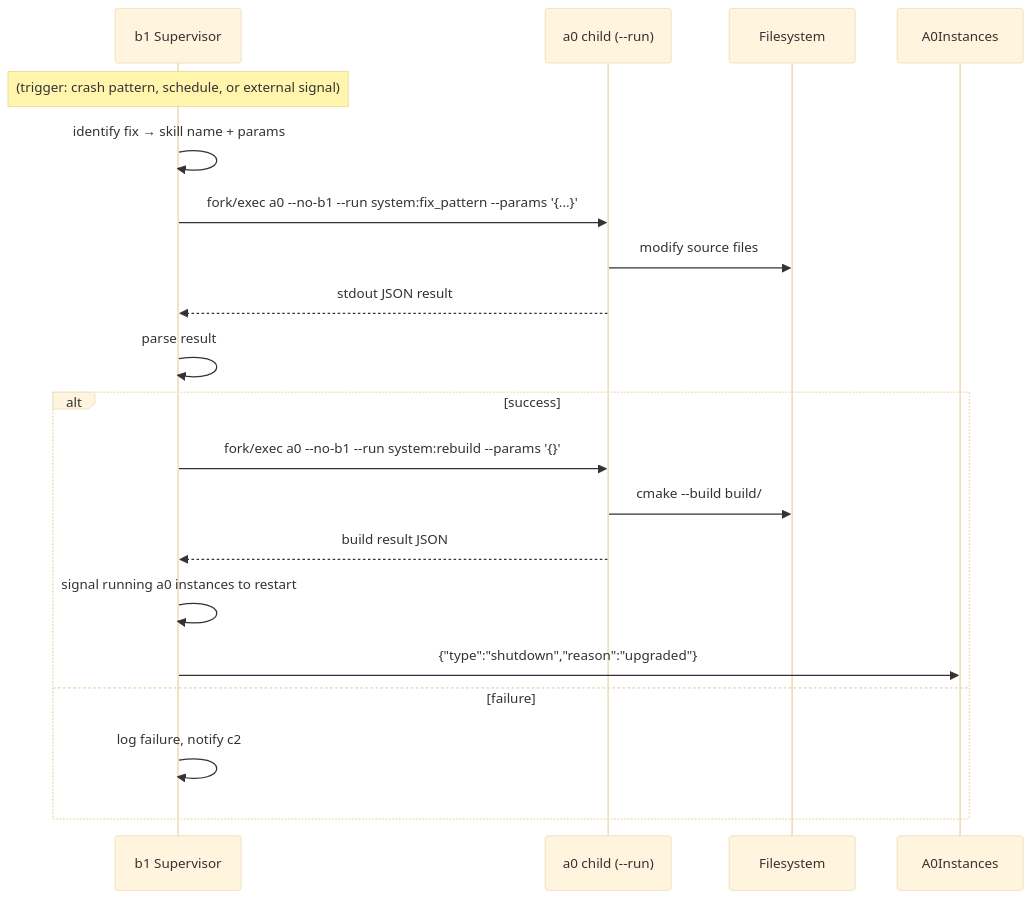
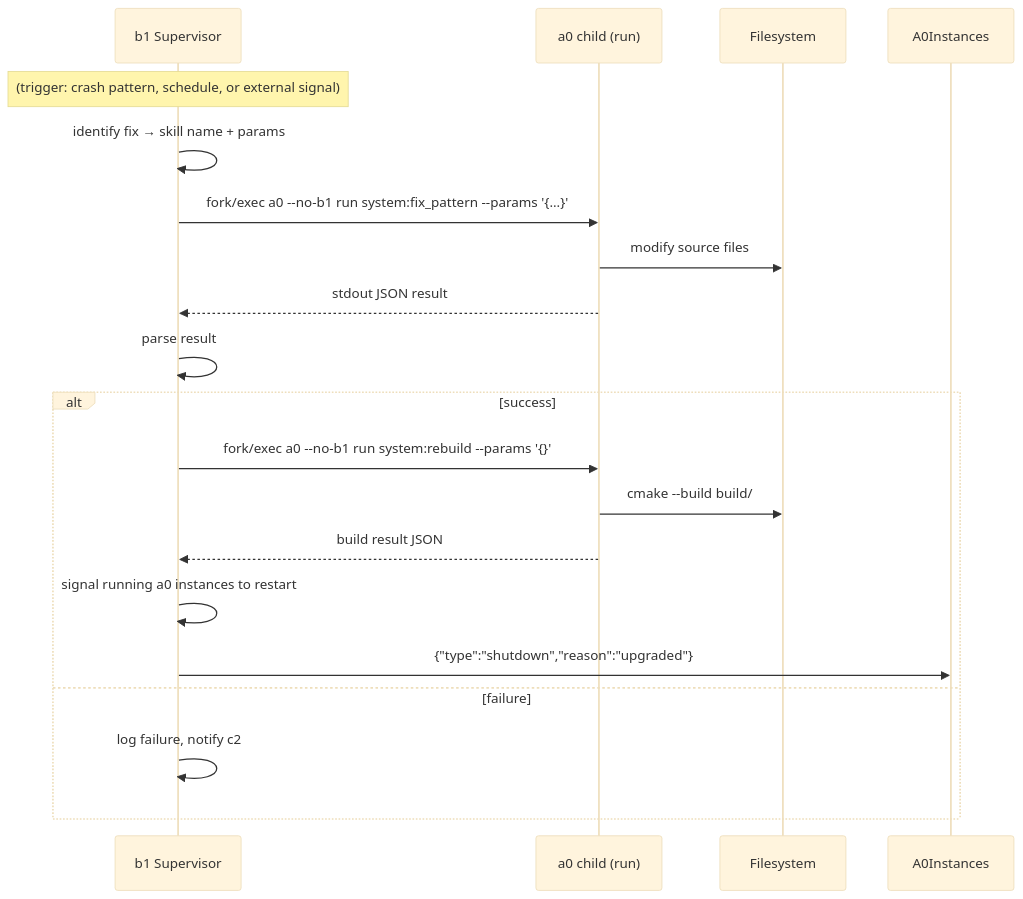
The sixth of 7 diagrams in src/b1/technical-specification.md (opensassi/a0), drawn with Mermaid (base theme) before and after one commit. The commit also changed other lines of this file and 47 other files, not shown here.

Commit message:
2026-06-02-a0-architectural-cleanup-1777bba30ffexd2vQv21odnw8j

````diff
--- a/src/b1/technical-specification.md
+++ b/src/b1/technical-specification.md
@@ -344,24 +344,24 @@
 ```mermaid
 sequenceDiagram
     participant B1 as b1 Supervisor
-    participant A0 as a0 child (--run)
+    participant A0 as a0 child (run)
     participant FS as Filesystem
 
     Note over B1: (trigger: crash pattern, schedule, or external signal)
 
     B1->>B1: identify fix → skill name + params
-    B1->>A0: fork/exec a0 --no-b1 --run system:fix_pattern --params '{...}'
+    B1->>A0: fork/exec a0 --no-b1 run system:fix_pattern --params '{...}'
     A0->>FS: modify source files
     A0-->>B1: stdout JSON result
     B1->>B1: parse result
 
     alt success
-        B1->>A0: fork/exec a0 --no-b1 --run system:rebuild --params '{}'
+        B1->>A0: fork/exec a0 --no-b1 run system:rebuild --params '{}'
         A0->>FS: cmake --build build/
         A0-->>B1: build result JSON
         B1->>B1: signal running a0 instances to restart
         B1->>A0Instances: {"type":"shutdown","reason":"upgraded"}
     else failure
         B1->>B1: log failure, notify c2
     end
 ```
````
